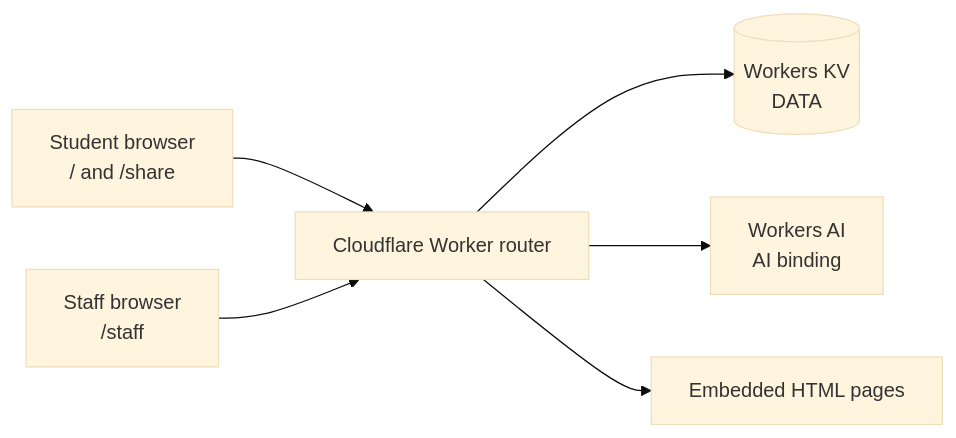
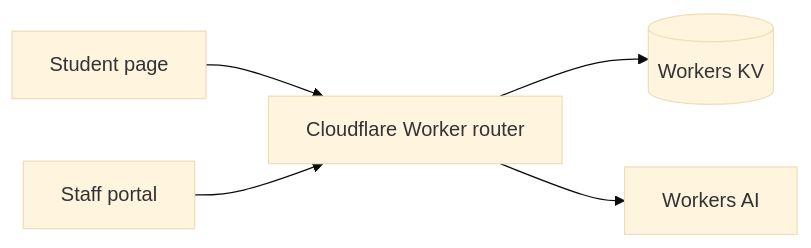
Before and after one commit to CoolBro34/firebytes-hackathon: the diagram in README.md, drawn with Mermaid (base theme). The commit also changed other lines of this file and 1 other file, not shown here.

Commit message:
README rewritten judge-first: links + demo passcode up top, 2-minute judge tour, current architecture/API/privacy, honest status (T14 by Codex, reviewed); remove outdated screenshot

````diff
--- a/README.md
+++ b/README.md
@@ -38,8 +44,7 @@
 ```mermaid
 flowchart LR
-    Student[Student browser<br/>/ and /share] --> Router[Cloudflare Worker router]
-    Staff[Staff browser<br/>/staff] --> Router
-    Router --> KV[(Workers KV<br/>DATA)]
-    Router --> AI[Workers AI<br/>AI binding]
-    Router --> Pages[Embedded HTML pages]
+    Student[Student page] --> Worker[Cloudflare Worker router]
+    Staff[Staff portal] --> Worker
+    Worker --> KV[(Workers KV)]
+    Worker --> AI[Workers AI]
 ```
````
